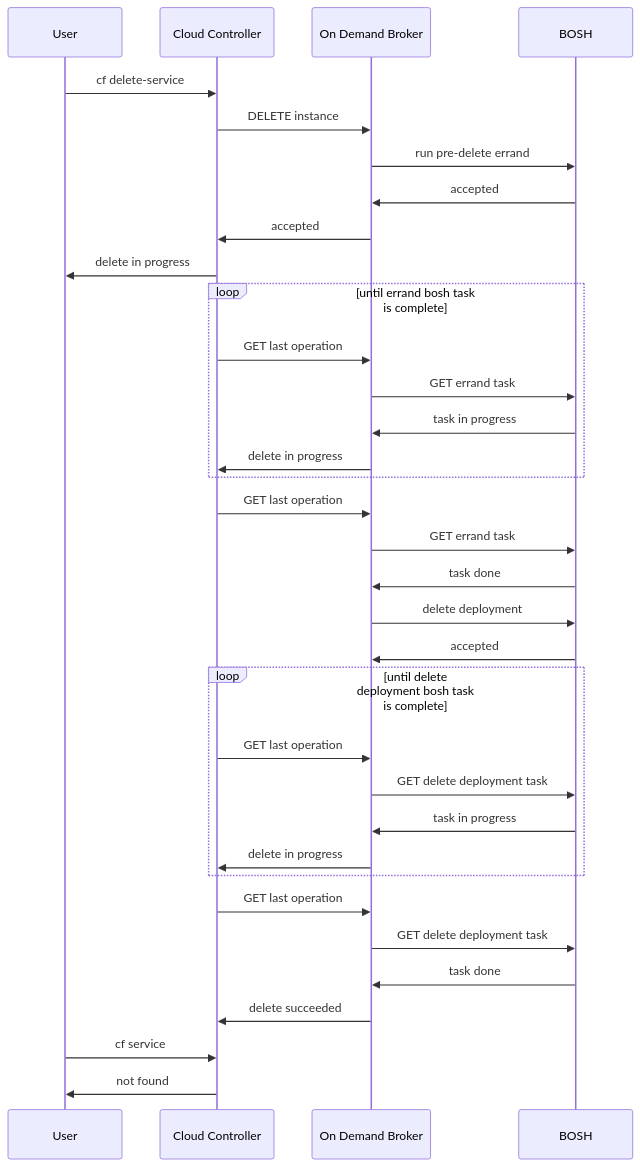
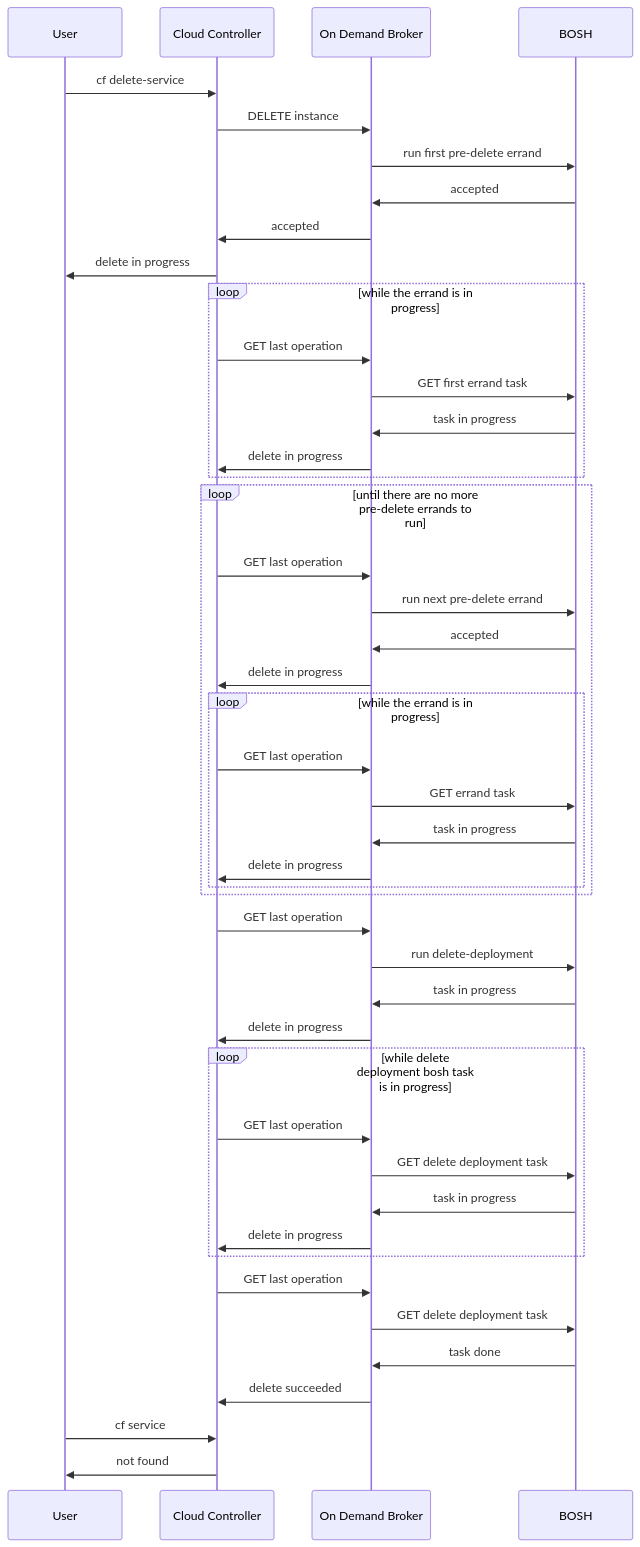
The diagram in mmd/pre_delete_workflow.mmd (pivotal-cf/docs-on-demand-service-broker), drawn with Mermaid before and after one commit. The commit also changed 4 other files, not shown here.

First line of the commit message:
Document post-deploy and pre-delete errands changes

```diff
--- a/mmd/pre_delete_workflow.mmd
+++ b/mmd/pre_delete_workflow.mmd
@@ -1,32 +1,43 @@
 <div class="mermaid">
 sequenceDiagram
   User->>Cloud Controller:cf delete-service
   Cloud Controller->>On Demand Broker:DELETE instance
-  On Demand Broker->>BOSH:run pre-delete errand
+  On Demand Broker->>BOSH:run first pre-delete errand
   BOSH->>On Demand Broker:accepted
   On Demand Broker->>Cloud Controller:accepted
   Cloud Controller->>User: delete in progress
-  loop until errand bosh task is complete
+  loop while the errand is in progress
     Cloud Controller->>On Demand Broker:GET last operation
-    On Demand Broker->>BOSH:GET errand task
+    On Demand Broker->>BOSH:GET first errand task
     BOSH->>On Demand Broker:task in progress
     On Demand Broker->>Cloud Controller:delete in progress
   end
-  Cloud Controller->>On Demand Broker:GET last operation
-  On Demand Broker->>BOSH:GET errand task
-  BOSH->>On Demand Broker:task done
-  On Demand Broker->>BOSH:delete deployment
-  BOSH->>On Demand Broker:accepted
-  loop until delete deployment bosh task is complete
+  loop until there are no more pre-delete errands to run
+    Cloud Controller->>On Demand Broker:GET last operation
+    On Demand Broker->>BOSH: run next pre-delete errand
+    BOSH->>On Demand Broker:accepted
+    On Demand Broker->>Cloud Controller:delete in progress
+    loop while the errand is in progress
+      Cloud Controller->>On Demand Broker: GET last operation
+      On Demand Broker->>BOSH: GET errand task
+      BOSH->>On Demand Broker: task in progress
+      On Demand Broker->>Cloud Controller: delete in progress
+    end
+  end
+  Cloud Controller->>On Demand Broker: GET last operation
+  On Demand Broker->>BOSH: run delete-deployment
+  BOSH->>On Demand Broker: task in progress
+  On Demand Broker->>Cloud Controller: delete in progress
+  loop while delete deployment bosh task is in progress
     Cloud Controller->>On Demand Broker: GET last operation
     On Demand Broker->>BOSH: GET delete deployment task
     BOSH->>On Demand Broker: task in progress
     On Demand Broker->>Cloud Controller: delete in progress
   end
   Cloud Controller->>On Demand Broker: GET last operation
   On Demand Broker->>BOSH: GET delete deployment task
   BOSH->>On Demand Broker: task done
   On Demand Broker->>Cloud Controller: delete succeeded
   User->>Cloud Controller:cf service
   Cloud Controller->>User: not found
 </div>
```
